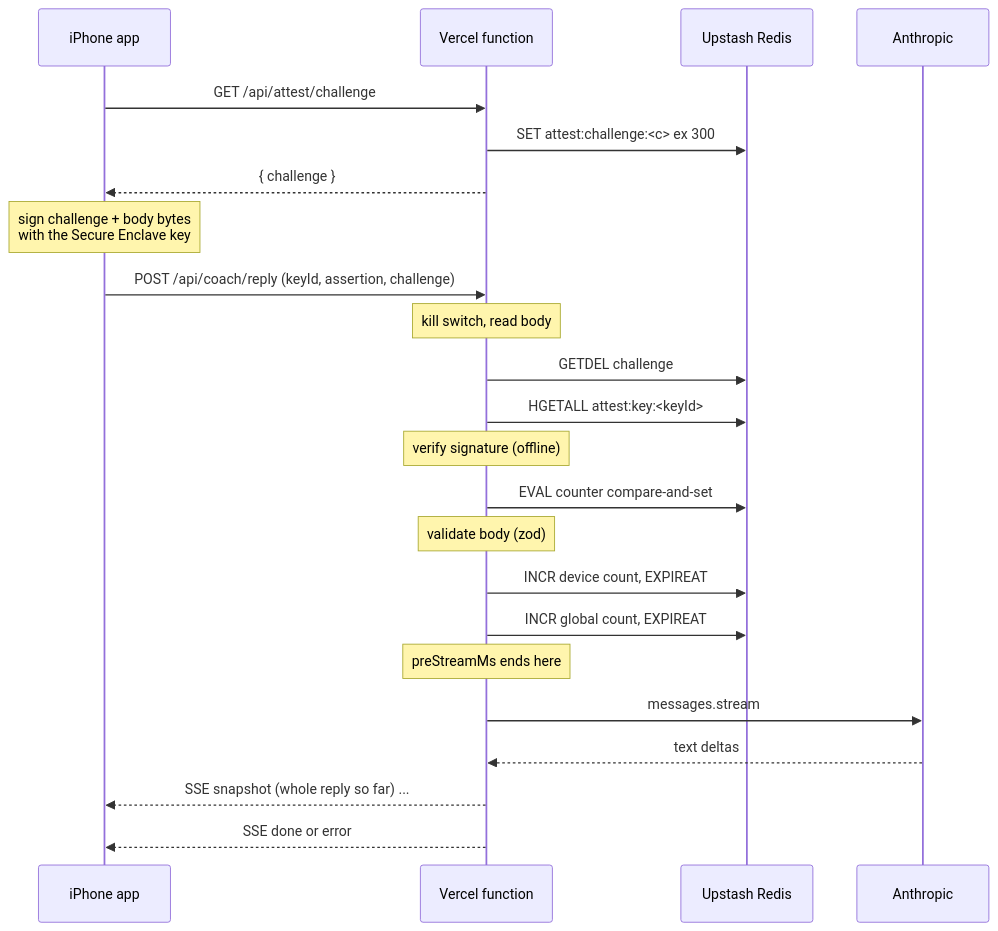
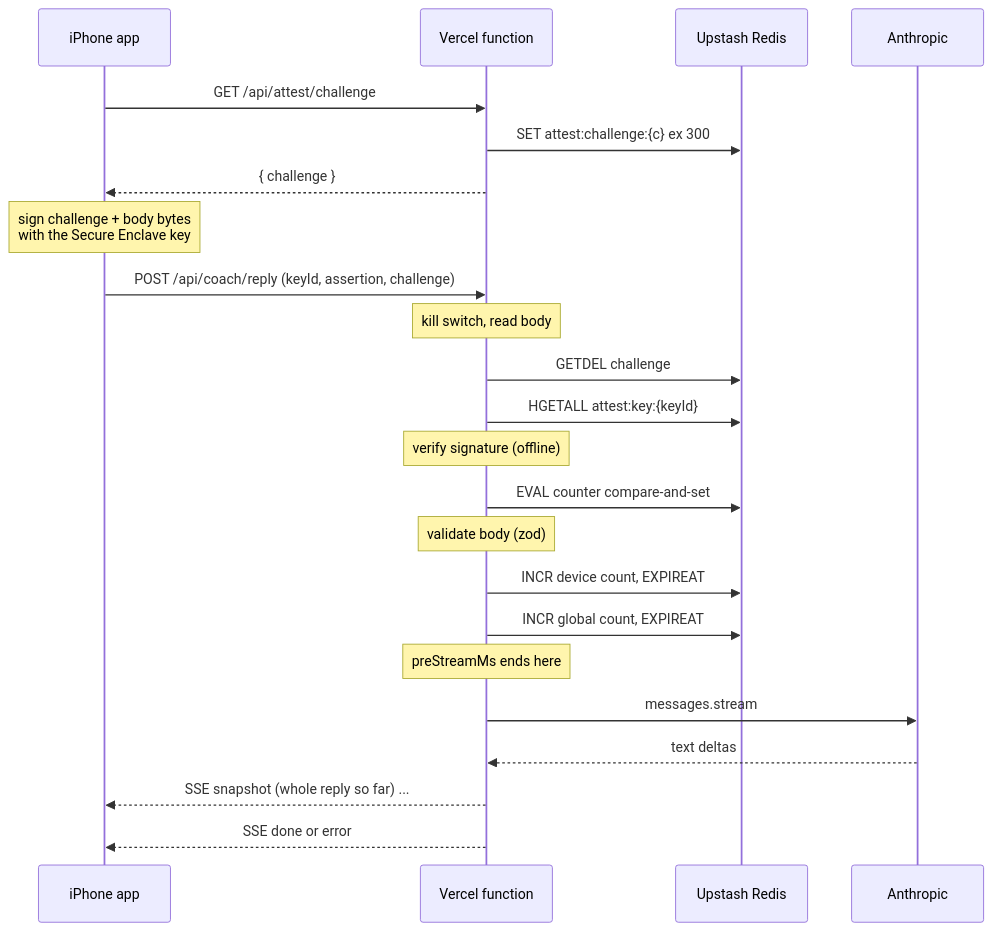
One commit to jnnabugwu/steady-backend changed the second of 2 diagrams in docs/ddia-learnings.md. Above: the diagram before and after it, drawn with Mermaid.

Commit message:
docs: avoid angle brackets in Mermaid labels

````diff
--- a/docs/ddia-learnings.md
+++ b/docs/ddia-learnings.md
@@ -67,26 +67,26 @@
 ```mermaid
 sequenceDiagram
   participant App as iPhone app
   participant Fn as Vercel function
   participant R as Upstash Redis
   participant A as Anthropic
 
   App->>Fn: GET /api/attest/challenge
-  Fn->>R: SET attest:challenge:<c> ex 300
+  Fn->>R: SET attest:challenge:{c} ex 300
   Fn-->>App: { challenge }
   Note over App: sign challenge + body bytes<br/>with the Secure Enclave key
   App->>Fn: POST /api/coach/reply (keyId, assertion, challenge)
   Note over Fn: kill switch, read body
   Fn->>R: GETDEL challenge
-  Fn->>R: HGETALL attest:key:<keyId>
+  Fn->>R: HGETALL attest:key:{keyId}
   Note over Fn: verify signature (offline)
   Fn->>R: EVAL counter compare-and-set
   Note over Fn: validate body (zod)
   Fn->>R: INCR device count, EXPIREAT
   Fn->>R: INCR global count, EXPIREAT
   Note over Fn: preStreamMs ends here
   Fn->>A: messages.stream
   A-->>Fn: text deltas
   Fn-->>App: SSE snapshot (whole reply so far) ...
   Fn-->>App: SSE done or error
 ```
````
